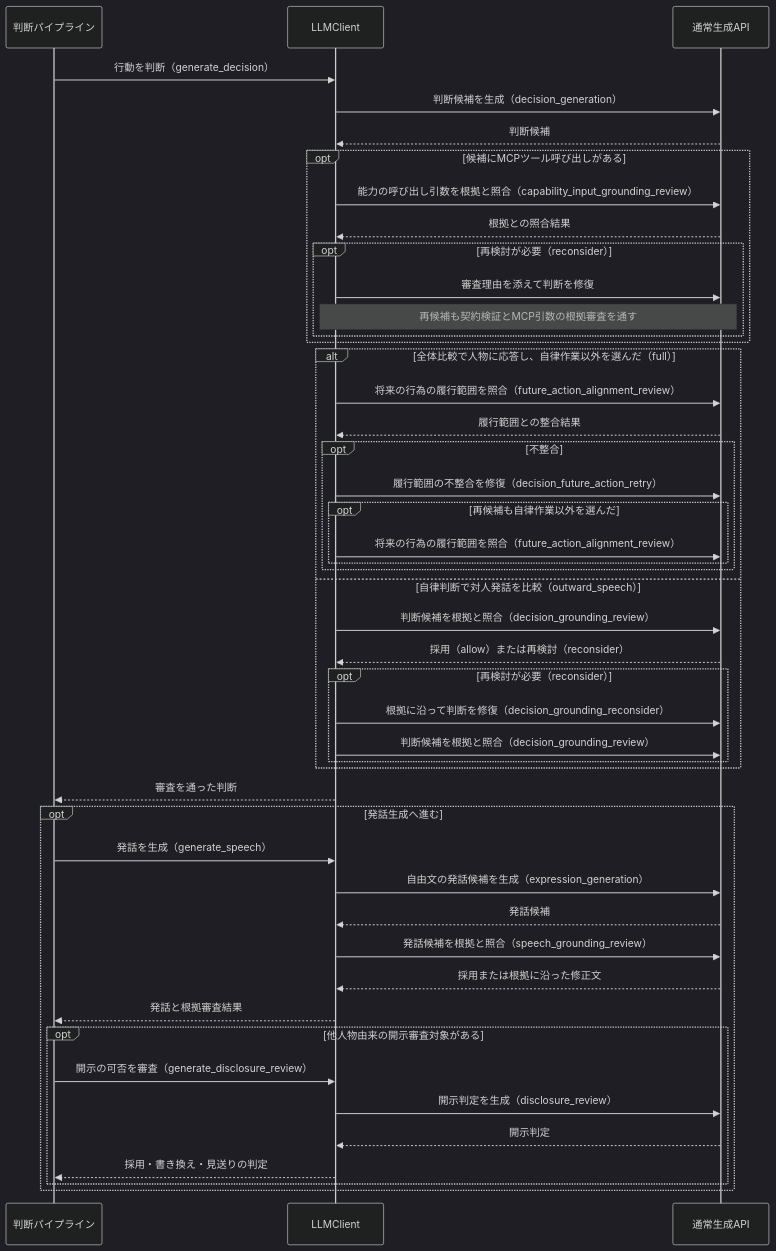
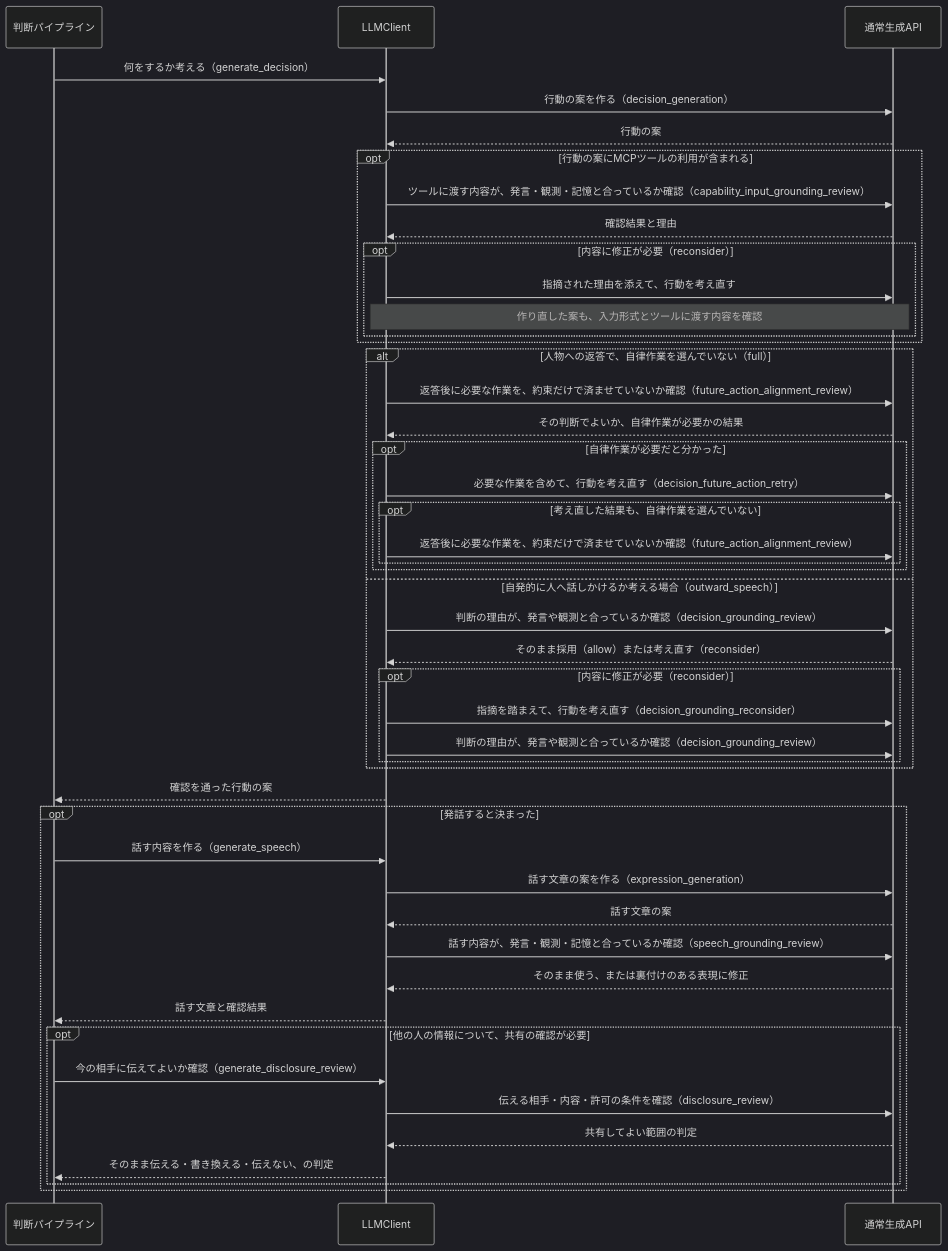
Before and after one commit to hirona98/OtomeKairo: the second of 7 diagrams in docs/design/llm/LLM呼び出しシーケンス.md, drawn with Mermaid (dark theme). The commit also changed other lines of this file, not shown here.

Commit message:
説明修正

````diff
--- a/docs/design/llm/LLM呼び出しシーケンス.md
+++ b/docs/design/llm/LLM呼び出しシーケンス.md
@@ -138,50 +138,50 @@
 ```mermaid
 sequenceDiagram
     participant C as 判断パイプライン
     participant L as LLMClient
     participant G as 通常生成API
 
-    C->>L: 行動を判断（generate_decision）
-    L->>G: 判断候補を生成（decision_generation）
-    G-->>L: 判断候補
-    opt 候補にMCPツール呼び出しがある
-        L->>G: 能力の呼び出し引数を根拠と照合（capability_input_grounding_review）
-        G-->>L: 根拠との照合結果
-        opt 再検討が必要（reconsider）
-            L->>G: 審査理由を添えて判断を修復
-            Note over L,G: 再候補も契約検証とMCP引数の根拠審査を通す
+    C->>L: 何をするか考える（generate_decision）
+    L->>G: 行動の案を作る（decision_generation）
+    G-->>L: 行動の案
+    opt 行動の案にMCPツールの利用が含まれる
+        L->>G: ツールに渡す内容が、発言・観測・記憶と合っているか確認（capability_input_grounding_review）
+        G-->>L: 確認結果と理由
+        opt 内容に修正が必要（reconsider）
+            L->>G: 指摘された理由を添えて、行動を考え直す
+            Note over L,G: 作り直した案も、入力形式とツールに渡す内容を確認
         end
     end
-    alt 全体比較で人物に応答し、自律作業以外を選んだ（full）
-        L->>G: 将来の行為の履行範囲を照合（future_action_alignment_review）
-        G-->>L: 履行範囲との整合結果
-        opt 不整合
-            L->>G: 履行範囲の不整合を修復（decision_future_action_retry）
-            opt 再候補も自律作業以外を選んだ
-                L->>G: 将来の行為の履行範囲を照合（future_action_alignment_review）
+    alt 人物への返答で、自律作業を選んでいない（full）
+        L->>G: 返答後に必要な作業を、約束だけで済ませていないか確認（future_action_alignment_review）
+        G-->>L: その判断でよいか、自律作業が必要かの結果
+        opt 自律作業が必要だと分かった
+            L->>G: 必要な作業を含めて、行動を考え直す（decision_future_action_retry）
+            opt 考え直した結果も、自律作業を選んでいない
+                L->>G: 返答後に必要な作業を、約束だけで済ませていないか確認（future_action_alignment_review）
             end
         end
-    else 自律判断で対人発話を比較（outward_speech）
-        L->>G: 判断候補を根拠と照合（decision_grounding_review）
-        G-->>L: 採用（allow）または再検討（reconsider）
-        opt 再検討が必要（reconsider）
-            L->>G: 根拠に沿って判断を修復（decision_grounding_reconsider）
-            L->>G: 判断候補を根拠と照合（decision_grounding_review）
+    else 自発的に人へ話しかけるか考える場合（outward_speech）
+        L->>G: 判断の理由が、発言や観測と合っているか確認（decision_grounding_review）
+        G-->>L: そのまま採用（allow）または考え直す（reconsider）
+        opt 内容に修正が必要（reconsider）
+            L->>G: 指摘を踏まえて、行動を考え直す（decision_grounding_reconsider）
+            L->>G: 判断の理由が、発言や観測と合っているか確認（decision_grounding_review）
         end
     end
-    L-->>C: 審査を通った判断
-    opt 発話生成へ進む
-        C->>L: 発話を生成（generate_speech）
-        L->>G: 自由文の発話候補を生成（expression_generation）
-        G-->>L: 発話候補
-        L->>G: 発話候補を根拠と照合（speech_grounding_review）
-        G-->>L: 採用または根拠に沿った修正文
-        L-->>C: 発話と根拠審査結果
-        opt 他人物由来の開示審査対象がある
-            C->>L: 開示の可否を審査（generate_disclosure_review）
-            L->>G: 開示判定を生成（disclosure_review）
-            G-->>L: 開示判定
-            L-->>C: 採用・書き換え・見送りの判定
+    L-->>C: 確認を通った行動の案
+    opt 発話すると決まった
+        C->>L: 話す内容を作る（generate_speech）
+        L->>G: 話す文章の案を作る（expression_generation）
+        G-->>L: 話す文章の案
+        L->>G: 話す内容が、発言・観測・記憶と合っているか確認（speech_grounding_review）
+        G-->>L: そのまま使う、または裏付けのある表現に修正
+        L-->>C: 話す文章と確認結果
+        opt 他の人の情報について、共有の確認が必要
+            C->>L: 今の相手に伝えてよいか確認（generate_disclosure_review）
+            L->>G: 伝える相手・内容・許可の条件を確認（disclosure_review）
+            G-->>L: 共有してよい範囲の判定
+            L-->>C: そのまま伝える・書き換える・伝えない、の判定
         end
     end
 ```
````
